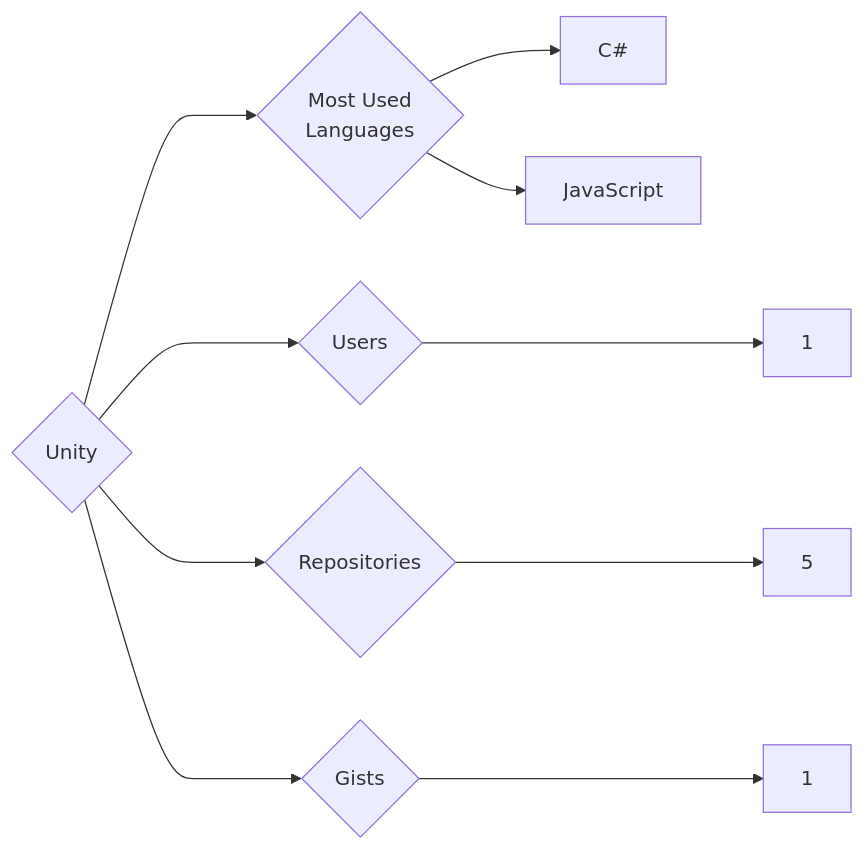
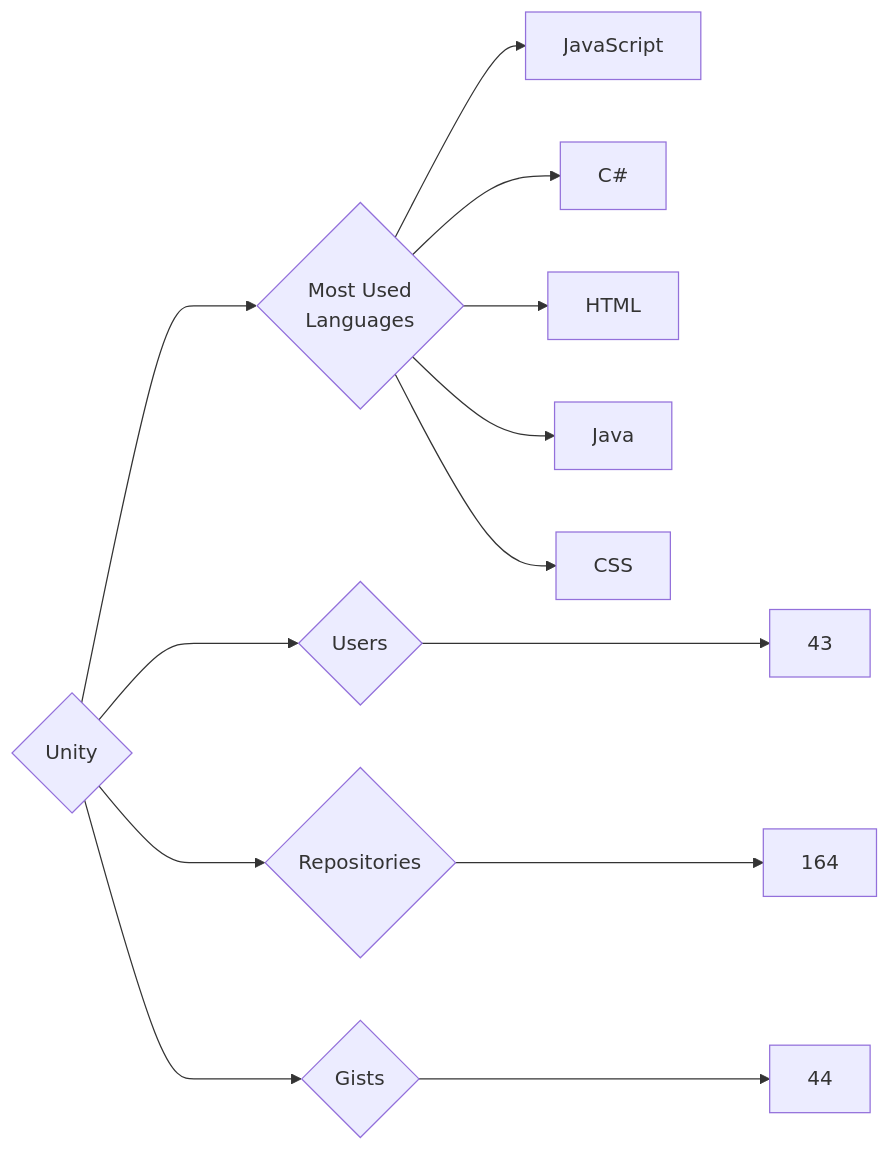
Before and after one commit to trickest/insiders: the diagram in targets/Unity/README.md, drawn with Mermaid. The commit also changed 965 other files, not shown here.

````diff
--- a/targets/Unity/README.md
+++ b/targets/Unity/README.md
@@ -3,10 +3,13 @@
 ```mermaid
 graph LR
 COMPANY_NAME{Unity}
-COMPANY_NAME ---> U{Users} ---> UN[1]
-COMPANY_NAME ---> R{Repositories} ---> RN[5]
-COMPANY_NAME ---> G{Gists} ---> GN[1]
+COMPANY_NAME ---> U{Users} ---> UN[43]
+COMPANY_NAME ---> R{Repositories} ---> RN[164]
+COMPANY_NAME ---> G{Gists} ---> GN[44]
 COMPANY_NAME ---> ML{Most Used<br>Languages}
+ML --> JavaScript[JavaScript]
 ML --> C#[C#]
-ML --> JavaScript[JavaScript]
+ML --> HTML[HTML]
+ML --> Java[Java]
+ML --> CSS[CSS]
 ```
````
